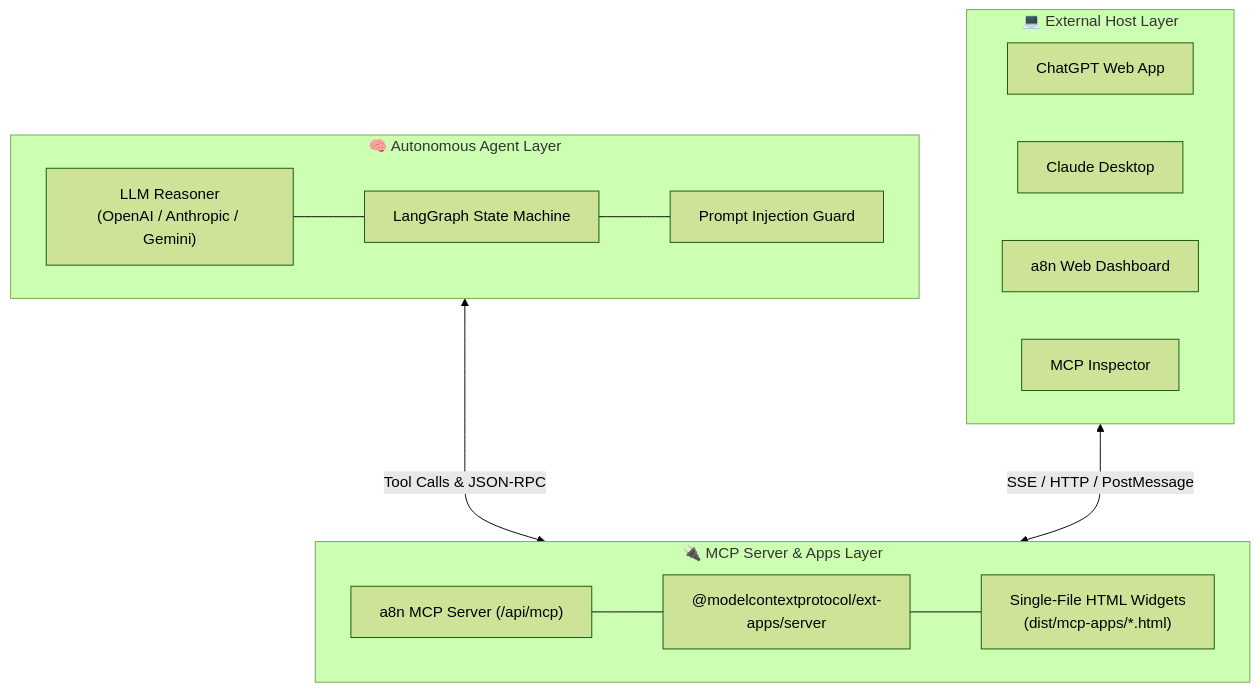
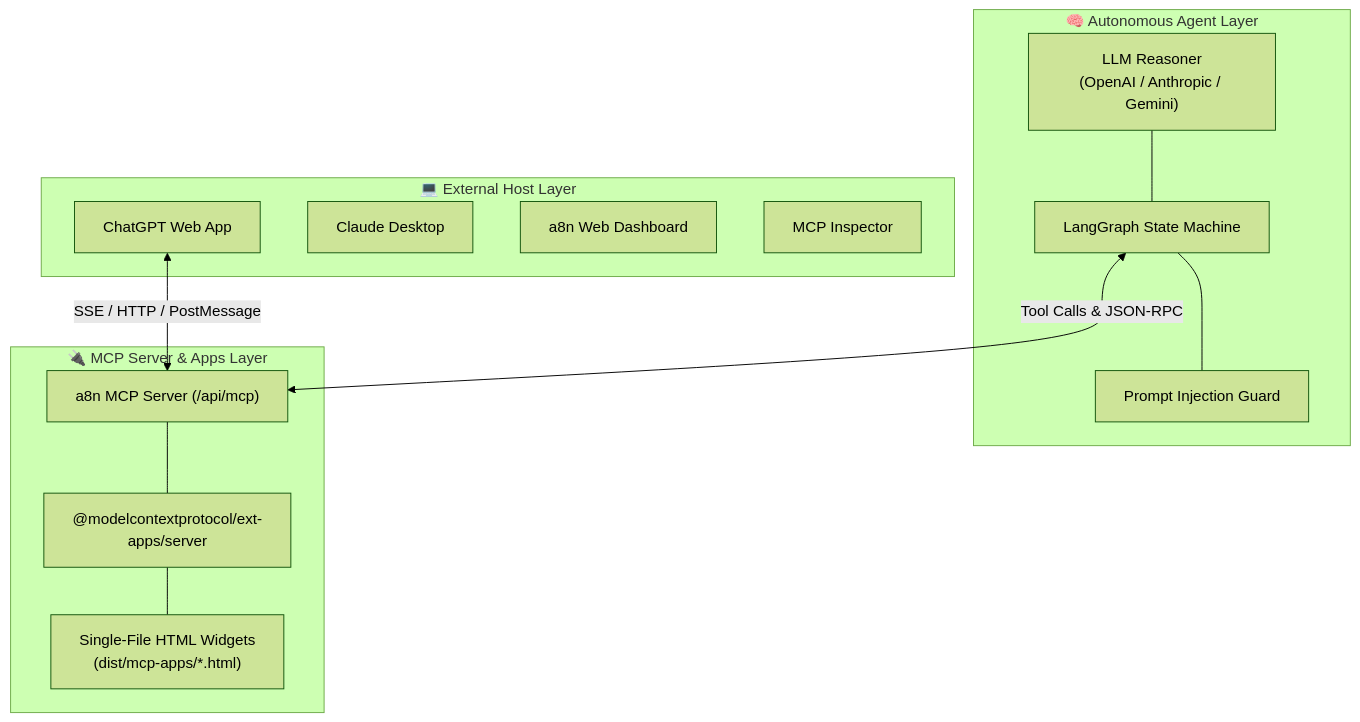
The first of 5 diagrams in docs/mcp-client-agent/README.md (aditya-deokar/a8n), drawn with Mermaid (forest theme) before and after one commit. The commit also changed other lines of this file and 3 other files, not shown here.

Commit message:
docs: add documentation for autonomous agent, MCP client integration, and technical stack architecture

````diff
--- a/docs/mcp-client-agent/README.md
+++ b/docs/mcp-client-agent/README.md
@@ -41,28 +41,28 @@
 ```mermaid
 graph TD
     subgraph Layer1 ["🧠 Autonomous Agent Layer"]
         LLM["LLM Reasoner<br/>(OpenAI / Anthropic / Gemini)"]
         Graph["LangGraph State Machine"]
         SafetyGuard["Prompt Injection Guard"]
         LLM --- Graph
         Graph --- SafetyGuard
     end
 
     subgraph Layer2 ["💻 External Host Layer"]
         ChatGPT["ChatGPT Web App"]
         Claude["Claude Desktop"]
         Dashboard["a8n Web Dashboard"]
         Inspector["MCP Inspector"]
     end
 
     subgraph Layer3 ["🔌 MCP Server & Apps Layer"]
         MCPServer["a8n MCP Server (/api/mcp)"]
         ExtAppsServer["@modelcontextprotocol/ext-apps/server"]
         Widgets["Single-File HTML Widgets<br/>(dist/mcp-apps/*.html)"]
         MCPServer --- ExtAppsServer
         ExtAppsServer --- Widgets
     end
 
-    Layer1 <--->|Tool Calls & JSON-RPC| Layer3
-    Layer2 <--->|SSE / HTTP / PostMessage| Layer3
+    Graph <-->|Tool Calls & JSON-RPC| MCPServer
+    ChatGPT <-->|SSE / HTTP / PostMessage| MCPServer
 ```
````
